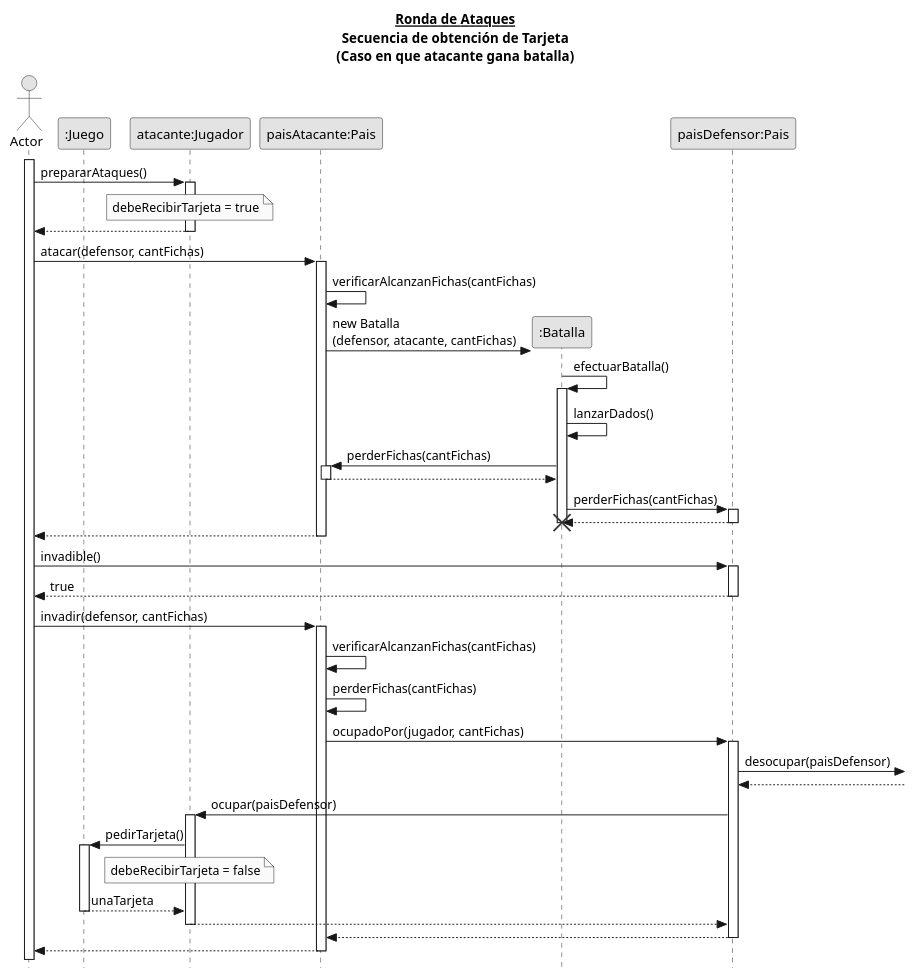
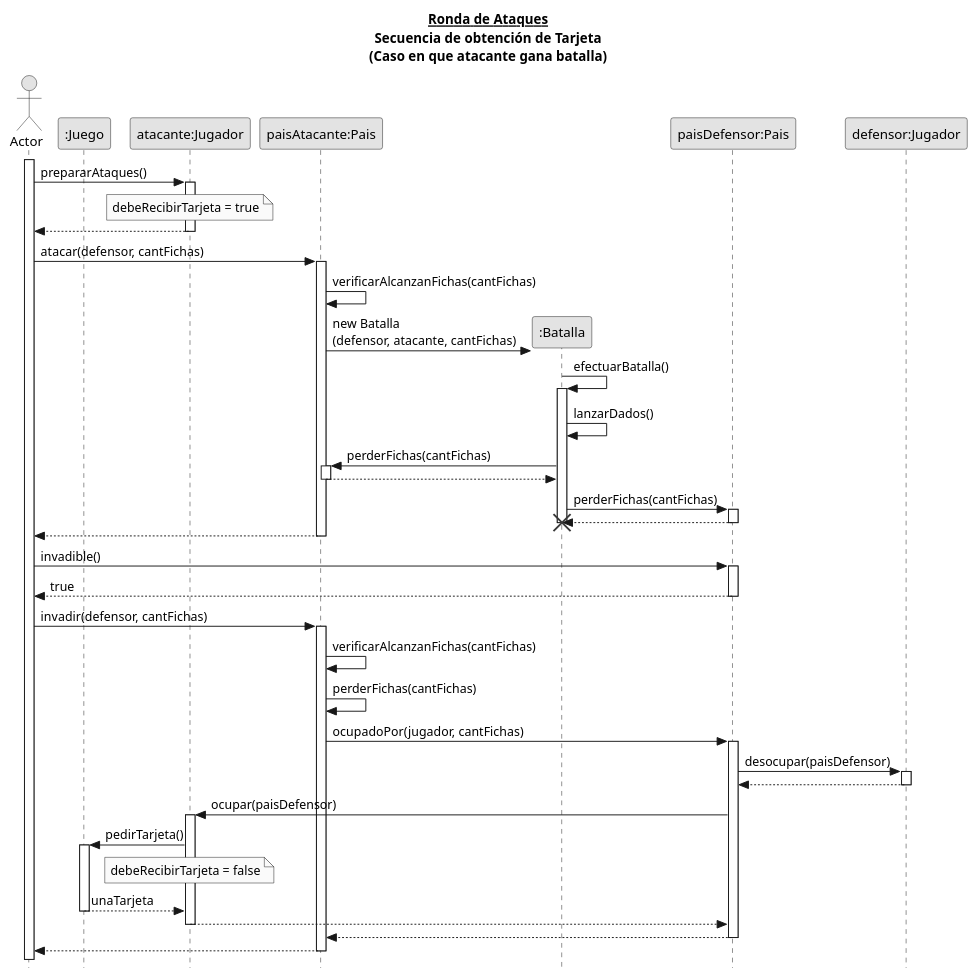
One commit to Gabrielsem/A.L.T.E.G.O. changed the diagram in UML/secuencia/tarjetas.plantuml. Above: the diagram before and after it, drawn with PlantUML.

Commit message:
Actualizo diagrama de secuencia de tarjetas

```diff
--- a/UML/secuencia/tarjetas.plantuml
+++ b/UML/secuencia/tarjetas.plantuml
@@ -1,64 +1,65 @@
 @startuml
 title
 **__Ronda de Ataques__**
 Secuencia de obtención de Tarjeta
 (Caso en que atacante gana batalla)
 end title
 skinparam responseMessageBelowArrow true
 skinparam monochrome true
 skinparam style strictuml
 hide footbox
 
 actor Actor
 participant juego as ":Juego"
 participant jug as "atacante:Jugador"
 participant atacante as "paisAtacante:Pais"
 participant batalla as ":Batalla"
 participant defensor as "paisDefensor:Pais"
+participant jug2 as "defensor:Jugador"
 activate Actor
 
 Actor -> jug ++: prepararAtaques()
 note over jug
     debeRecibirTarjeta = true
 end note
 return
 
 Actor -> atacante ++: atacar(defensor, cantFichas)
 atacante -> atacante: verificarAlcanzanFichas(cantFichas)
 
 create batalla
 atacante -> batalla: new Batalla\n(defensor, atacante, cantFichas)
 batalla -> batalla ++: efectuarBatalla()
 batalla -> batalla: lanzarDados()
 batalla -> atacante ++: perderFichas(cantFichas)
 return
 batalla -> defensor ++: perderFichas(cantFichas)
 return
 destroy batalla
 deactivate batalla
 return
 
 Actor -> defensor ++: invadible()
 return true
 
 Actor -> atacante ++: invadir(defensor, cantFichas)
 atacante -> atacante: verificarAlcanzanFichas(cantFichas)
 atacante -> atacante: perderFichas(cantFichas)
 atacante -> defensor ++: ocupadoPor(jugador, cantFichas)
-defensor ->: desocupar(paisDefensor)
-defensor <--]
+defensor -> jug2 ++: desocupar(paisDefensor)
+return
 
 defensor -> jug ++: ocupar(paisDefensor)
 jug -> juego ++: pedirTarjeta()
 note over jug
     debeRecibirTarjeta = false
 end note
 return unaTarjeta
 return
 return
 return
 
 
 
 
 @enduml
```
